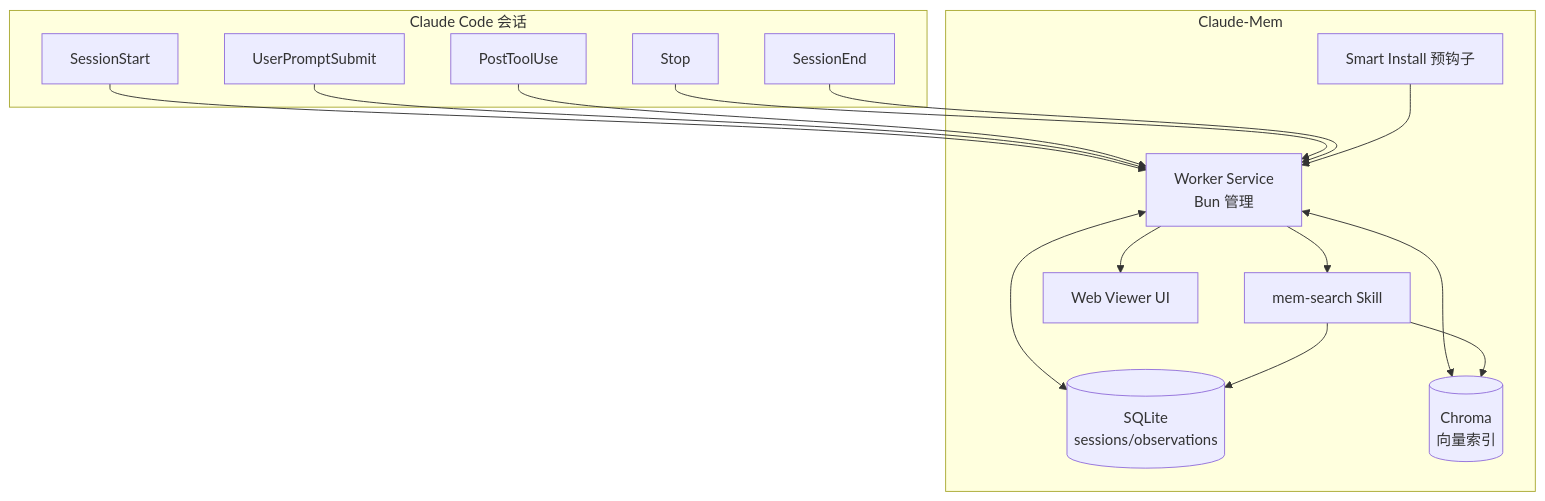
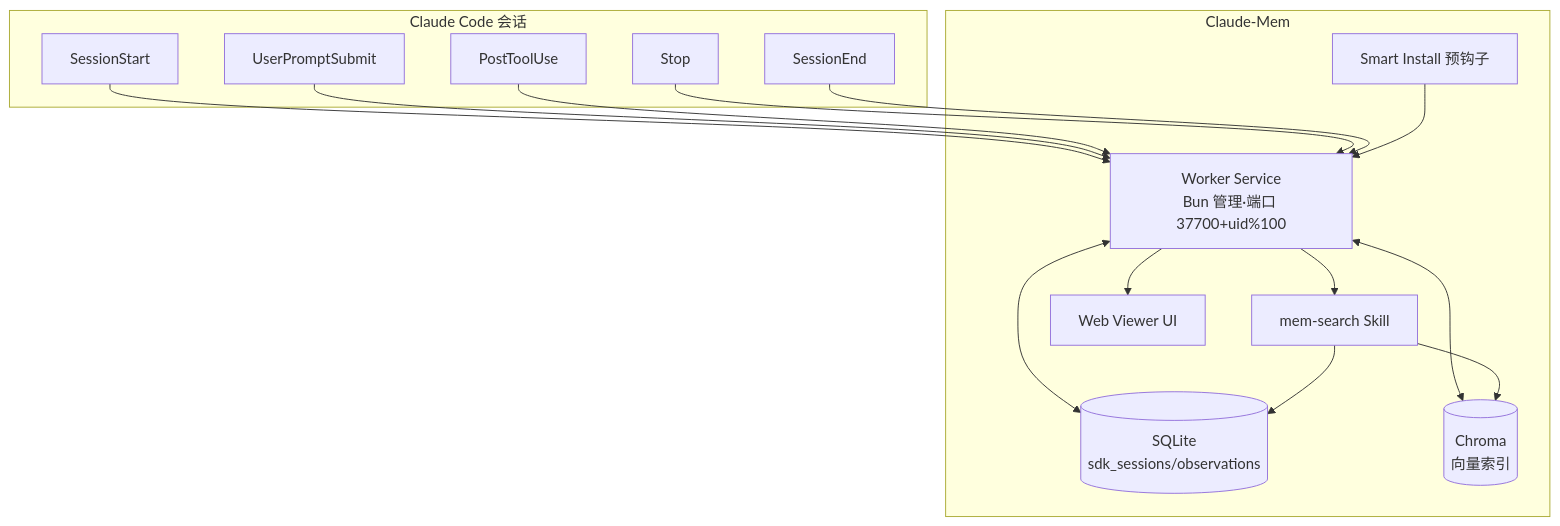
The first of 2 diagrams in content/posts/tech/claude-mem-persistent-memory-65k-stars.md (A1pha3/text-matrix), drawn with Mermaid before and after one commit. The commit also changed other lines of this file and 331 other files, not shown here.

````diff
--- a/content/posts/tech/claude-mem-persistent-memory-65k-stars.md
+++ b/content/posts/tech/claude-mem-persistent-memory-65k-stars.md
@@ -35,30 +35,30 @@
 ```mermaid
 graph TB
   subgraph CC["Claude Code 会话"]
     HS[SessionStart]
     UP[UserPromptSubmit]
     PT[PostToolUse]
     ST[Stop]
     SE[SessionEnd]
   end
   subgraph CM["Claude-Mem"]
     Install[Smart Install 预钩子]
-    Worker[Worker Service<br/>Bun 管理]
-    SQL[(SQLite<br/>sessions/observations)]
+    Worker[Worker Service<br/>Bun 管理·端口 37700+uid%100]
+    SQL[(SQLite<br/>sdk_sessions/observations)]
     CH[(Chroma<br/>向量索引)]
     Skill[mem-search Skill]
     WebUI[Web Viewer UI]
   end
   HS --> Worker
   UP --> Worker
   PT --> Worker
   ST --> Worker
   SE --> Worker
   Install --> Worker
   Worker <--> SQL
   Worker <--> CH
   Worker --> Skill
   Worker --> WebUI
   Skill --> SQL
   Skill --> CH
 ```
````
